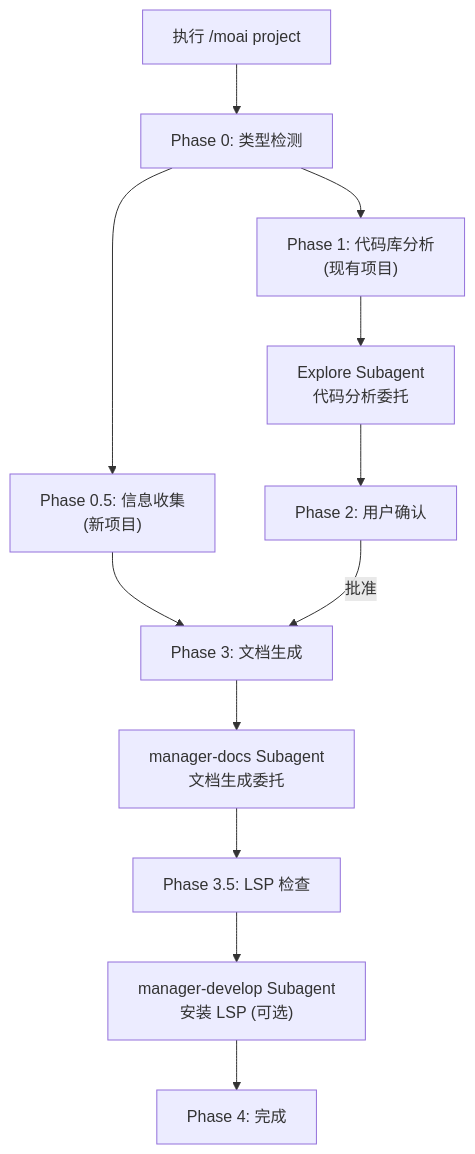
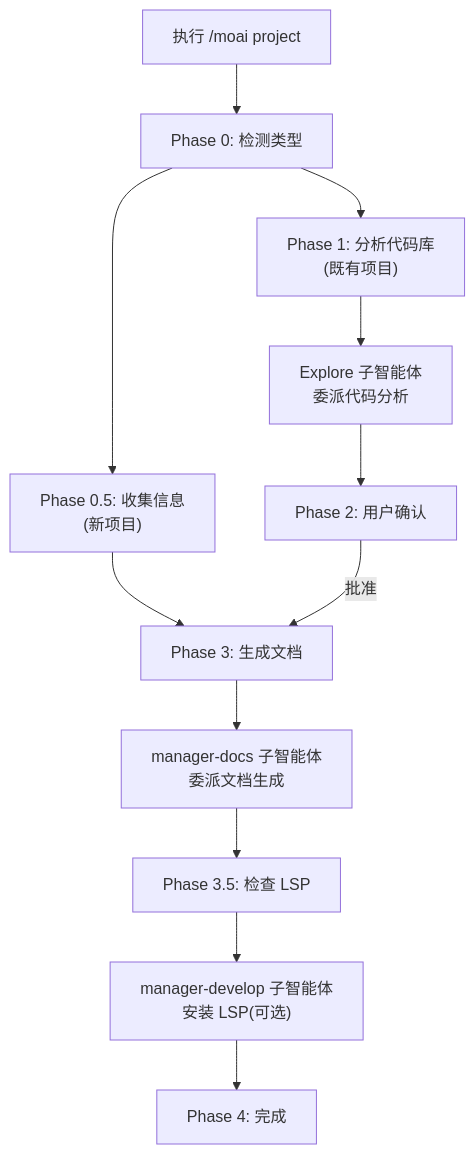
One commit to modu-ai/moai-adk changed the second of 2 diagrams in docs-site/content/zh/workflow-commands/moai-project.md. Above: the diagram before and after it, drawn with Mermaid. The commit also changed other lines of this file and 395 other files, not shown here.

````diff
--- a/docs-site/content/zh/workflow-commands/moai-project.md
+++ b/docs-site/content/zh/workflow-commands/moai-project.md
@@ -497,18 +506,18 @@
 ```mermaid
 flowchart TD
-    Start["执行 /moai project"] --> Phase0["Phase 0: 类型检测"]
-    Phase0 --> Phase05["Phase 0.5: 信息收集<br/>(新项目)"]
-    Phase0 --> Phase1["Phase 1: 代码库分析<br/>(现有项目)"]
+    Start["执行 /moai project"] --> Phase0["Phase 0: 检测类型"]
+    Phase0 --> Phase05["Phase 0.5: 收集信息<br/>(新项目)"]
+    Phase0 --> Phase1["Phase 1: 分析代码库<br/>(既有项目)"]
 
-    Phase1 --> Explore["Explore Subagent<br/>代码分析委托"]
+    Phase1 --> Explore["Explore 子智能体<br/>委派代码分析"]
     Explore --> Phase2["Phase 2: 用户确认"]
 
-    Phase05 --> Phase3["Phase 3: 文档生成"]
+    Phase05 --> Phase3["Phase 3: 生成文档"]
     Phase2 -->|批准| Phase3
 
-    Phase3 --> Docs["manager-docs Subagent<br/>文档生成委托"]
-    Docs --> Phase35["Phase 3.5: LSP 检查"]
+    Phase3 --> Docs["manager-docs 子智能体<br/>委派文档生成"]
+    Docs --> Phase35["Phase 3.5: 检查 LSP"]
 
-    Phase35 --> DevOps["manager-develop Subagent<br/>安装 LSP (可选)"]
+    Phase35 --> DevOps["manager-develop 子智能体<br/>安装 LSP(可选)"]
     DevOps --> Phase4["Phase 4: 完成"]
 ```
````
